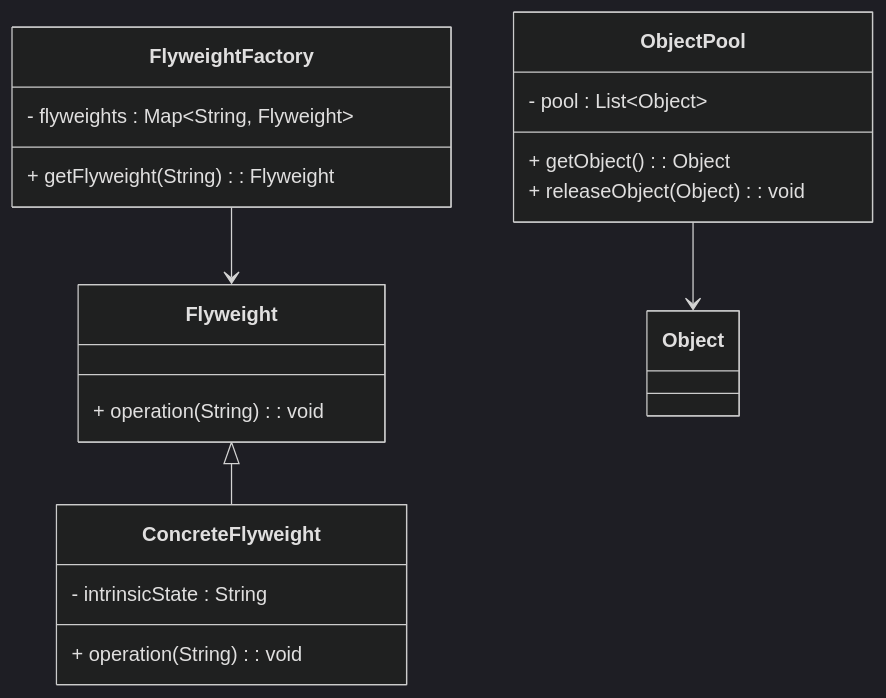
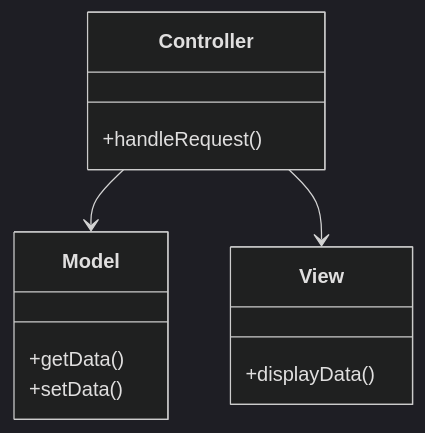
One commit to MasteryEducation/SoftwarePatternsLexicon.com changed the diagram in content/patterns-java/3/7/3/index.md. Above: the diagram before and after it, drawn with Mermaid (dark theme). The commit also changed other lines of this file and 883 other files, not shown here.

````diff
--- a/content/patterns-java/3/7/3/index.md
+++ b/content/patterns-java/3/7/3/index.md
@@ -187,22 +135,15 @@
 ```mermaid
 classDiagram
-    class ObjectPool {
-        - pool : List~Object~
-        + getObject() : Object
-        + releaseObject(Object) : void
+    class Controller {
+        +handleRequest()
     }
-    class FlyweightFactory {
-        - flyweights : Map~String, Flyweight~
-        + getFlyweight(String) : Flyweight
+    class Model {
+        +getData()
+        +setData()
     }
-    class Flyweight {
-        + operation(String) : void
+    class View {
+        +displayData()
     }
-    class ConcreteFlyweight {
-        - intrinsicState : String
-        + operation(String) : void
-    }
-    ObjectPool --> Object
-    FlyweightFactory --> Flyweight
-    Flyweight <|-- ConcreteFlyweight
+    Controller --> Model
+    Controller --> View
 ```
````
